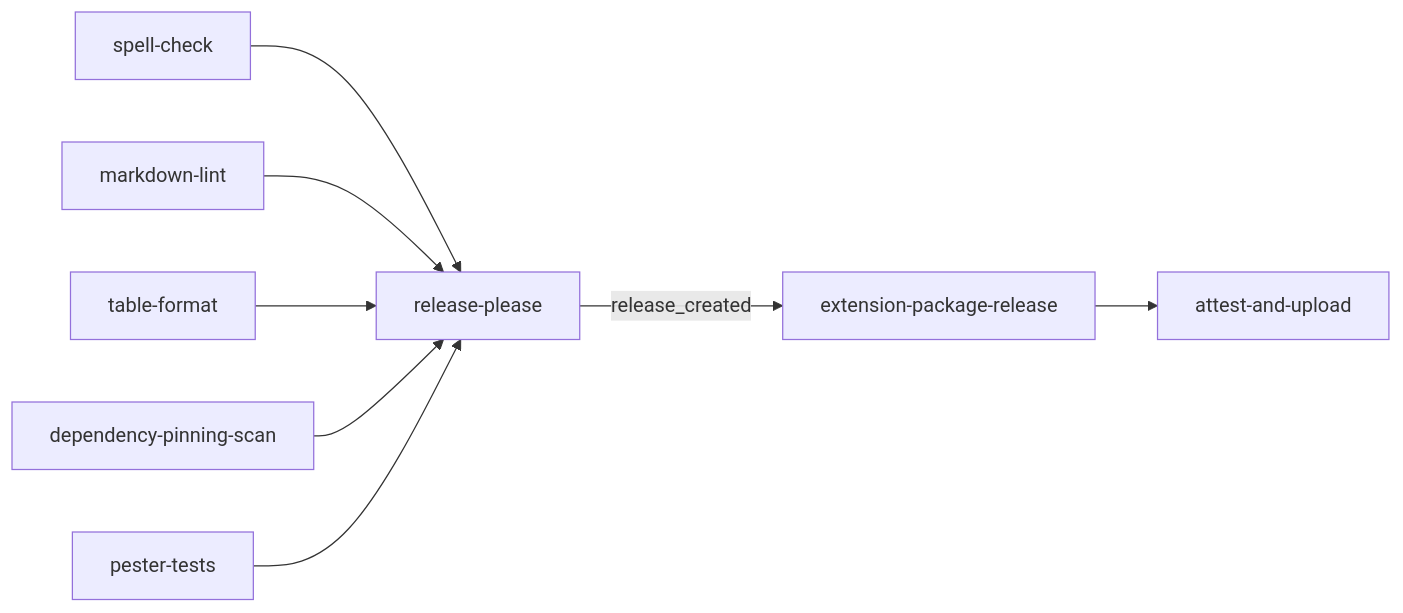
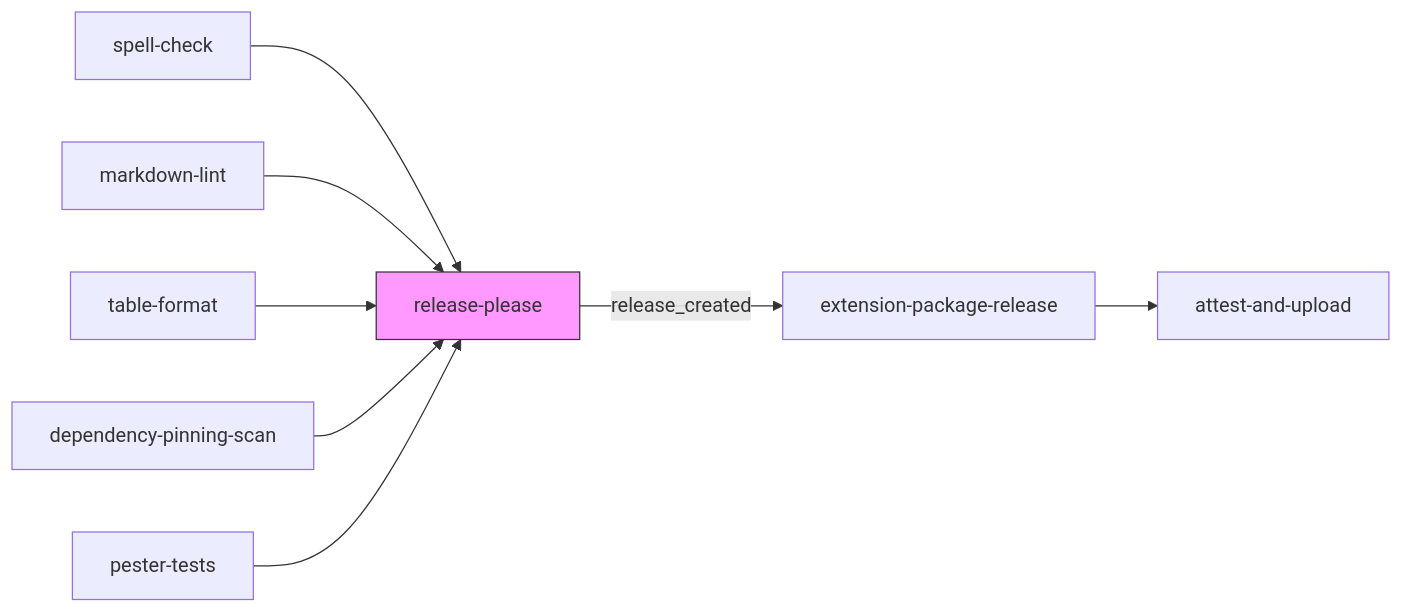
The third of 4 diagrams in docs/architecture/workflows.md (manasagudimella/hve-core), drawn with Mermaid before and after one commit. The commit also changed other lines of this file and 1 other file, not shown here.

````diff
--- a/docs/architecture/workflows.md
+++ b/docs/architecture/workflows.md
@@ -127,10 +127,11 @@
 ```mermaid
 flowchart LR
     V1[spell-check] --> RP[release-please]
     V2[markdown-lint] --> RP
     V3[table-format] --> RP
     V4[dependency-pinning-scan] --> RP
     V5[pester-tests] --> RP
     RP -->|release_created| PKG[extension-package-release]
     PKG --> ATT[attest-and-upload]
+    style RP fill:#f9f,stroke:#333
 ```
````
